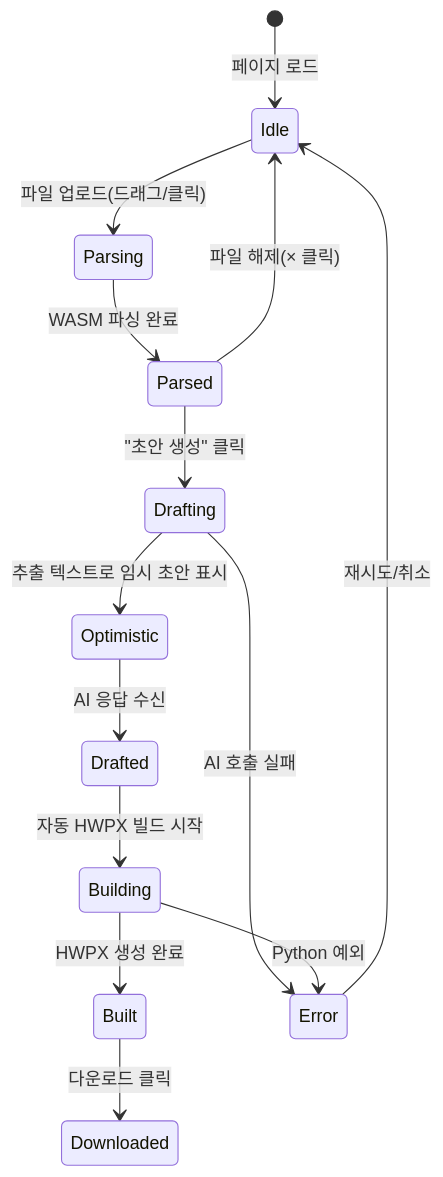
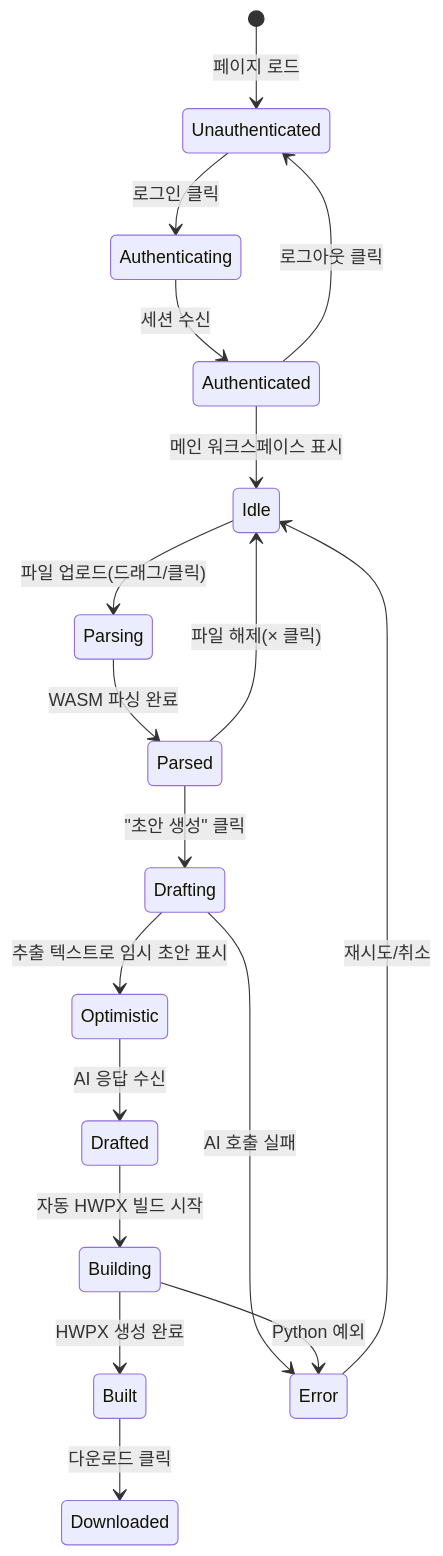
Before and after one commit to younghai/AI_hwp: the diagram in docs/waterfall-hwpx-demo/02-시스템설계/화면설계서.md, drawn with Mermaid. The commit also changed other lines of this file and 19 other files, not shown here.

````diff
--- a/docs/waterfall-hwpx-demo/02-시스템설계/화면설계서.md
+++ b/docs/waterfall-hwpx-demo/02-시스템설계/화면설계서.md
@@ -154,16 +168,20 @@
 ```mermaid
 stateDiagram-v2
-    [*] --> Idle: 페이지 로드
+    [*] --> Unauthenticated: 페이지 로드
+    Unauthenticated --> Authenticating: 로그인 클릭
+    Authenticating --> Authenticated: 세션 수신
+    Authenticated --> Idle: 메인 워크스페이스 표시
     Idle --> Parsing: 파일 업로드(드래그/클릭)
     Parsing --> Parsed: WASM 파싱 완료
     Parsed --> Drafting: "초안 생성" 클릭
     Drafting --> Optimistic: 추출 텍스트로 임시 초안 표시
     Optimistic --> Drafted: AI 응답 수신
     Drafted --> Building: 자동 HWPX 빌드 시작
     Building --> Built: HWPX 생성 완료
     Built --> Downloaded: 다운로드 클릭
     Drafting --> Error: AI 호출 실패
     Building --> Error: Python 예외
     Error --> Idle: 재시도/취소
     Parsed --> Idle: 파일 해제(× 클릭)
+    Authenticated --> Unauthenticated: 로그아웃 클릭
 ```
````
